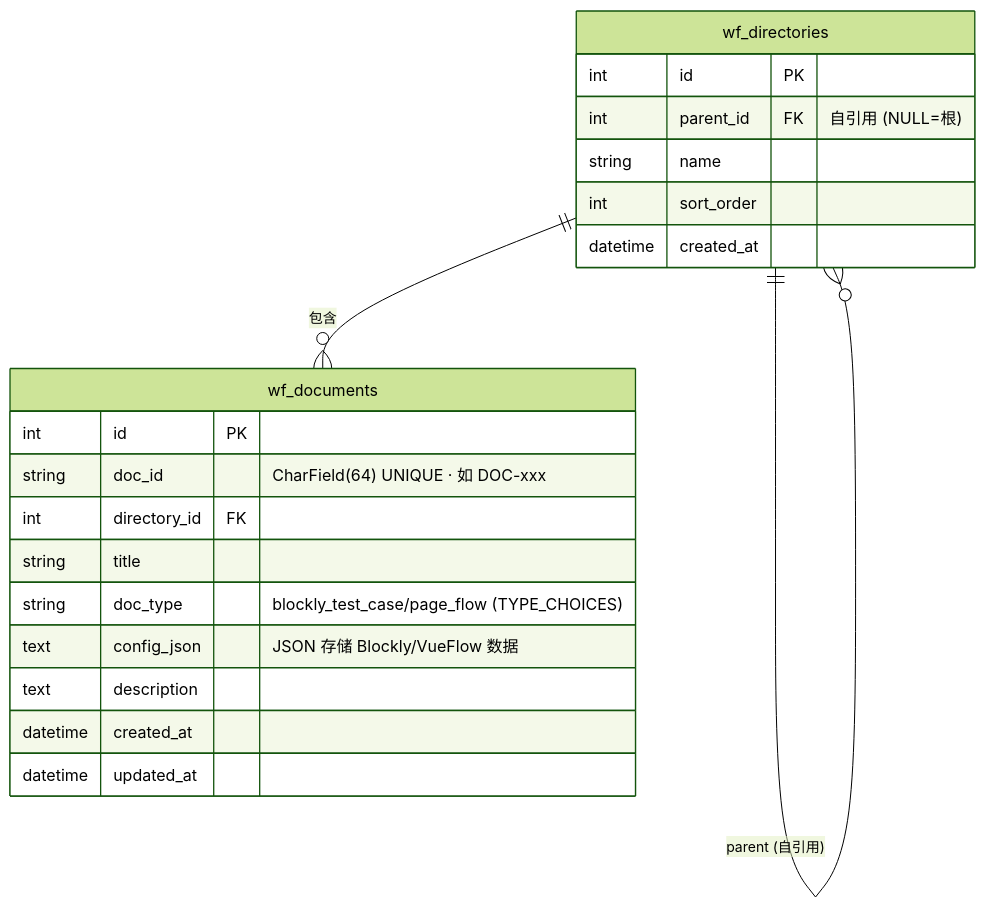
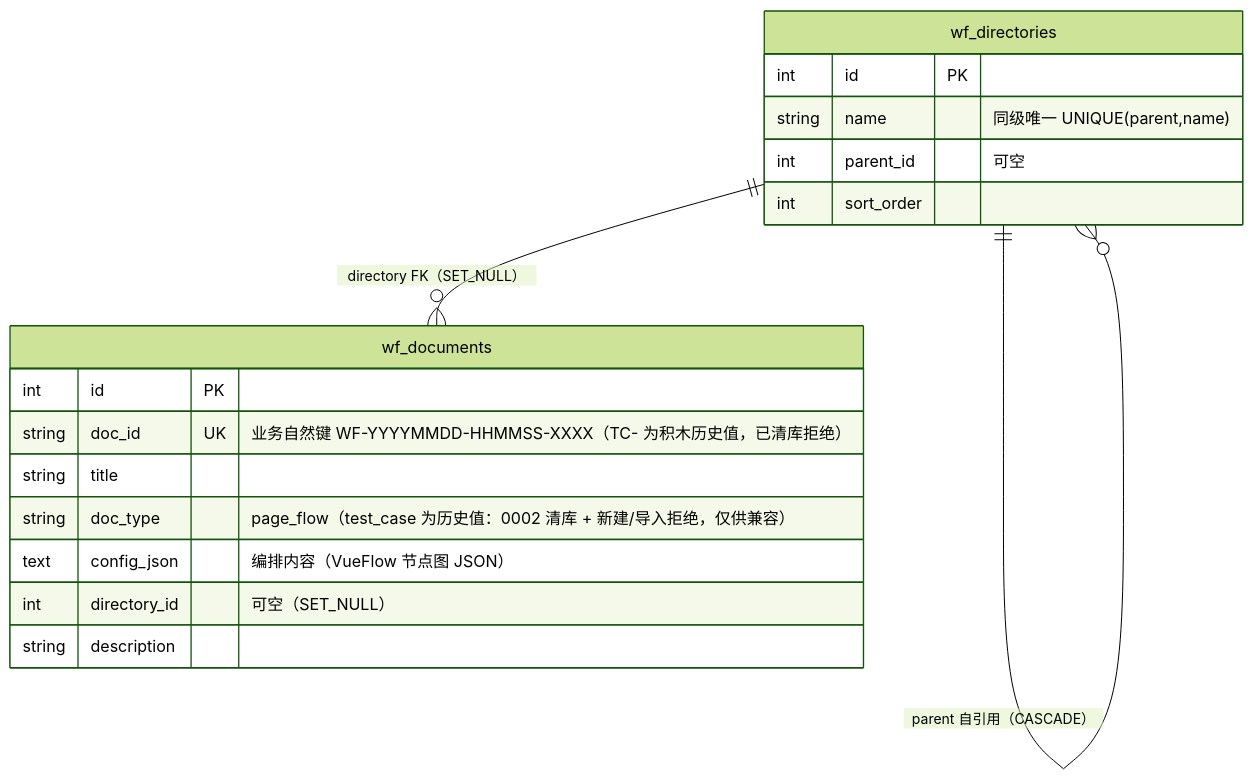
The fifth of 5 diagrams in dev_docs/03-设计与架构/ARCH-09-工作流工作台.md (Kahoku-lazy/Android-AutoTests), drawn with Mermaid (forest theme) before and after one commit. The commit also changed other lines of this file and 53 other files, not shown here.

````diff
--- a/dev_docs/03-设计与架构/ARCH-09-工作流工作台.md
+++ b/dev_docs/03-设计与架构/ARCH-09-工作流工作台.md
@@ -211,25 +301,21 @@
 ```mermaid
 erDiagram
-    wf_directories ||--o{ wf_directories : "parent (自引用)"
-    wf_directories ||--o{ wf_documents : "包含"
+    wf_directories ||--o{ wf_directories : "parent 自引用（CASCADE）"
+    wf_directories ||--o{ wf_documents : "directory FK（SET_NULL）"
 
     wf_directories {
         int id PK
-        int parent_id FK "自引用 (NULL=根)"
-        string name
+        string name "同级唯一 UNIQUE(parent,name)"
+        int parent_id "可空"
         int sort_order
-        datetime created_at
     }
-
     wf_documents {
         int id PK
-        string doc_id "CharField(64) UNIQUE · 如 DOC-xxx"
-        int directory_id FK
+        string doc_id UK "业务自然键 WF-YYYYMMDD-HHMMSS-XXXX（TC- 为积木历史值，已清库拒绝）"
         string title
-        string doc_type "blockly_test_case/page_flow (TYPE_CHOICES)"
-        text config_json "JSON 存储 Blockly/VueFlow 数据"
-        text description
-        datetime created_at
-        datetime updated_at
+        string doc_type "page_flow（test_case 为历史值：0002 清库 + 新建/导入拒绝，仅供兼容）"
+        text config_json "编排内容（VueFlow 节点图 JSON）"
+        int directory_id "可空（SET_NULL）"
+        string description
     }
 ```
````
